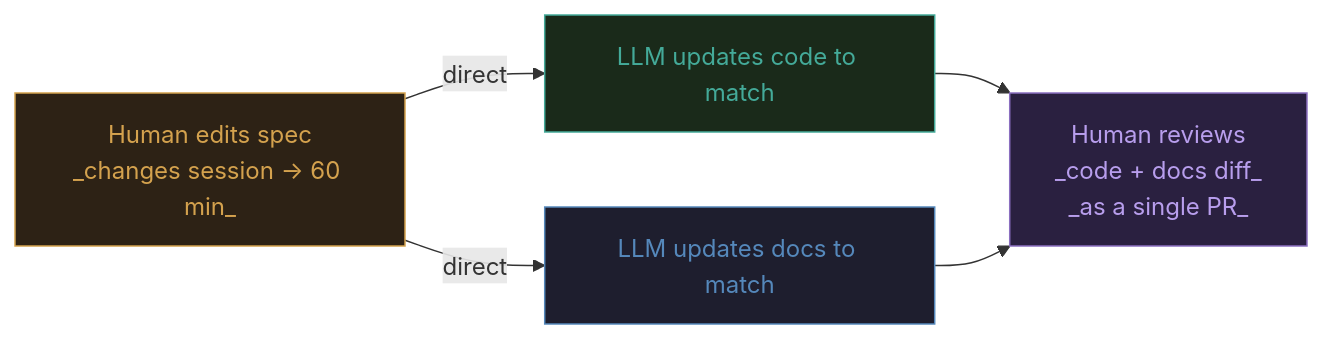
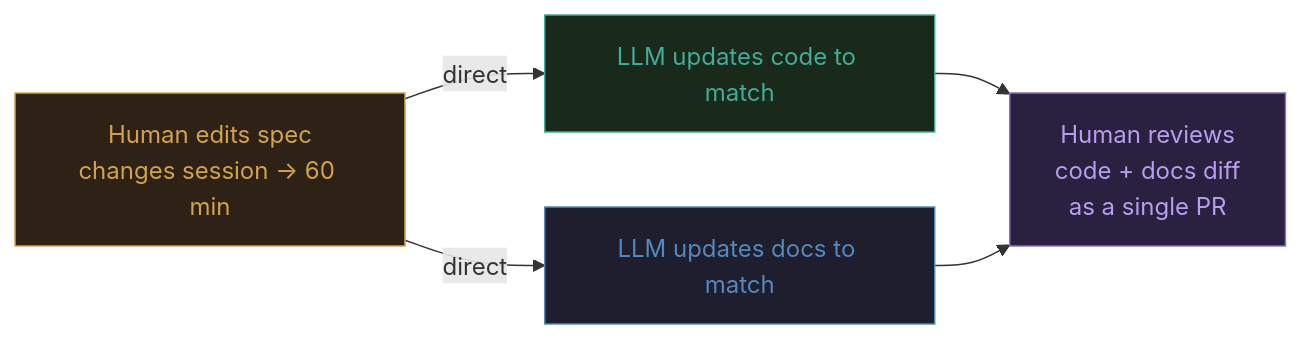
One commit to davidroeca/NotarAI changed the fifth of 13 diagrams in docs/motivation-system-diagrams.md. Above: the diagram before and after it, drawn with Mermaid. The commit also changed other lines of this file, not shown here.

````diff
--- a/docs/motivation-system-diagrams.md
+++ b/docs/motivation-system-diagrams.md
@@ -166,17 +166,17 @@
 ```mermaid
 flowchart LR
-    B1["Human edits spec<br/>_changes session → 60 min_"]
+    B1["Human edits spec<br/>changes session → 60 min"]
     B2["LLM updates code to match"]
     B3["LLM updates docs to match"]
-    B4["Human reviews<br/>_code + docs diff_<br/>_as a single PR_"]
+    B4["Human reviews<br/>code + docs diff<br/>as a single PR"]
 
     B1 -->|direct| B2
     B1 -->|direct| B3
     B2 --> B4
     B3 --> B4
 
     style B1 fill:#2d2215,stroke:#d4a24e,color:#d4a24e
     style B2 fill:#1a2a1a,stroke:#4a9,color:#4a9
     style B3 fill:#1e1e2e,stroke:#5588bb,color:#5588bb
     style B4 fill:#2a2040,stroke:#8b6fc0,color:#b89eed
 ```
````
